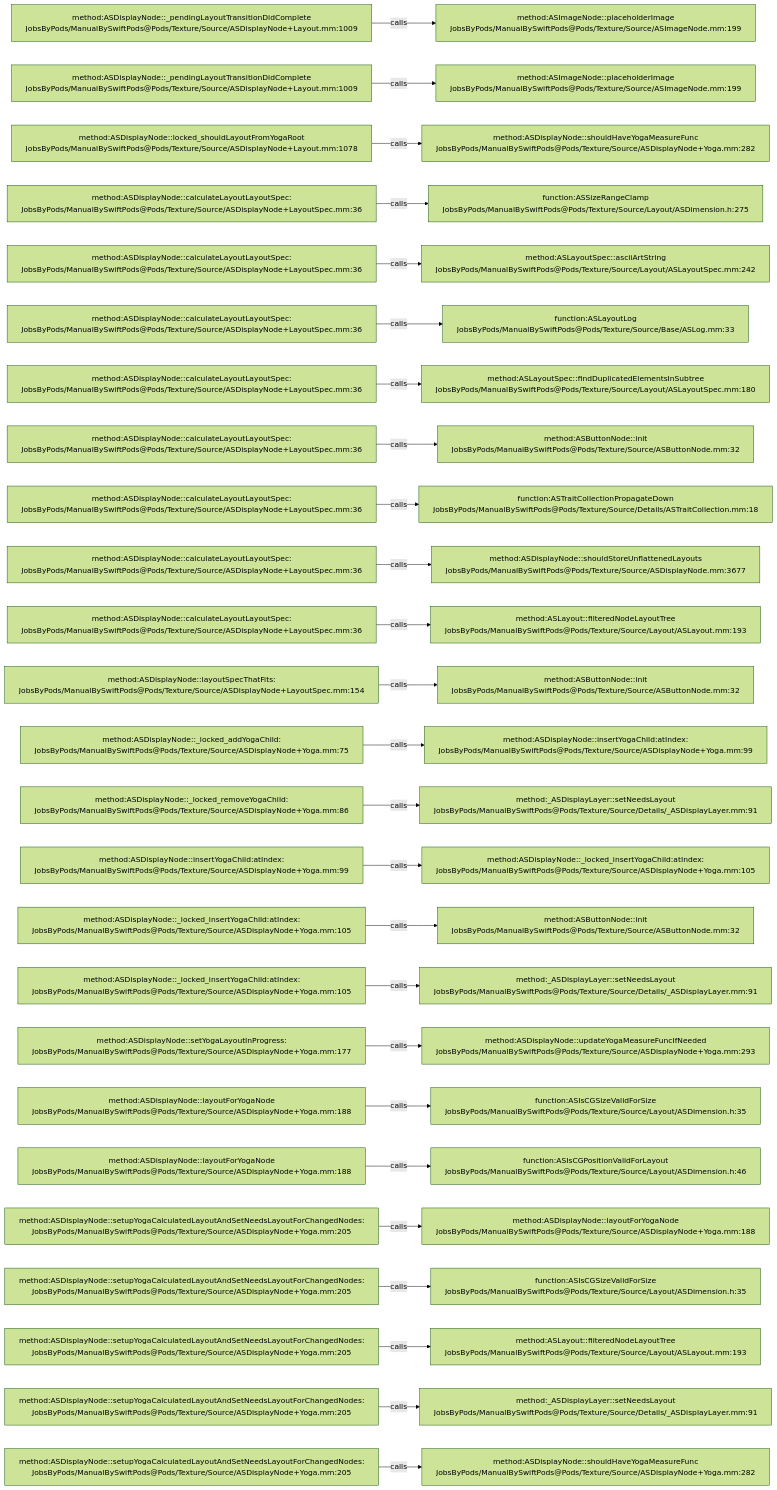
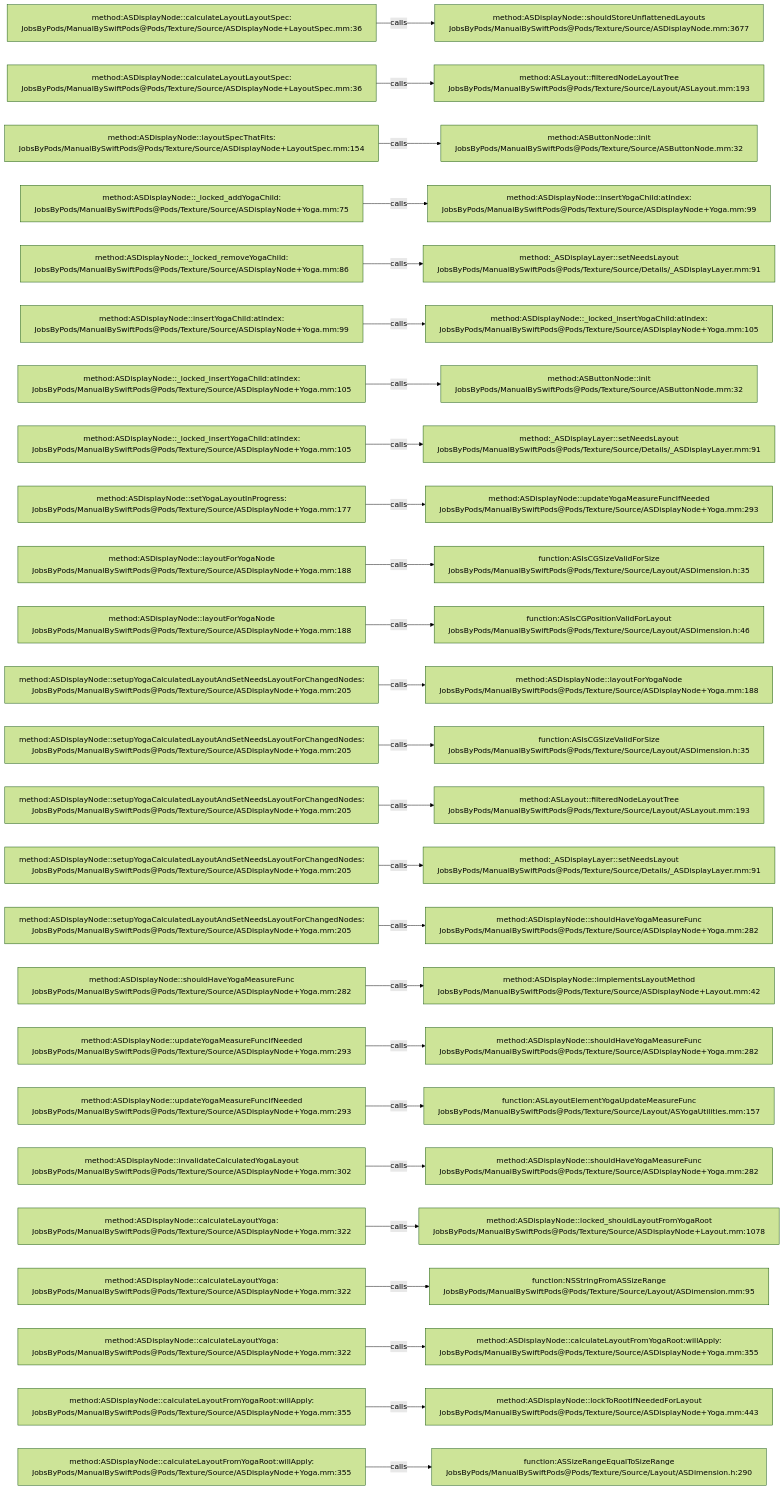
The diagram in .codegraph/codegraph.md/graphs/calls-025.md (JobsKits/JobsSwiftBaseConfigDemo), drawn with Mermaid (forest theme) before and after one commit. The commit also changed 707 other files, not shown here.

````diff
--- a/.codegraph/codegraph.md/graphs/calls-025.md
+++ b/.codegraph/codegraph.md/graphs/calls-025.md
@@ -13,78 +13,78 @@
 ```mermaid
 flowchart LR
-  S1["method:ASDisplayNode::_pendingLayoutTransitionDidComplete<br/>JobsByPods/ManualBySwiftPods@Pods/Texture/Source/ASDisplayNode+Layout.mm:1009"]
-  T1["method:ASImageNode::placeholderImage<br/>JobsByPods/ManualBySwiftPods@Pods/Texture/Source/ASImageNode.mm:199"]
+  S1["method:ASDisplayNode::calculateLayoutLayoutSpec:<br/>JobsByPods/ManualBySwiftPods@Pods/Texture/Source/ASDisplayNode+LayoutSpec.mm:36"]
+  T1["method:ASDisplayNode::shouldStoreUnflattenedLayouts<br/>JobsByPods/ManualBySwiftPods@Pods/Texture/Source/ASDisplayNode.mm:3677"]
   S1 -->|calls| T1
-  S2["method:ASDisplayNode::_pendingLayoutTransitionDidComplete<br/>JobsByPods/ManualBySwiftPods@Pods/Texture/Source/ASDisplayNode+Layout.mm:1009"]
-  T2["method:ASImageNode::placeholderImage<br/>JobsByPods/ManualBySwiftPods@Pods/Texture/Source/ASImageNode.mm:199"]
+  S2["method:ASDisplayNode::calculateLayoutLayoutSpec:<br/>JobsByPods/ManualBySwiftPods@Pods/Texture/Source/ASDisplayNode+LayoutSpec.mm:36"]
+  T2["method:ASLayout::filteredNodeLayoutTree<br/>JobsByPods/ManualBySwiftPods@Pods/Texture/Source/Layout/ASLayout.mm:193"]
   S2 -->|calls| T2
-  S3["method:ASDisplayNode::locked_shouldLayoutFromYogaRoot<br/>JobsByPods/ManualBySwiftPods@Pods/Texture/Source/ASDisplayNode+Layout.mm:1078"]
-  T3["method:ASDisplayNode::shouldHaveYogaMeasureFunc<br/>JobsByPods/ManualBySwiftPods@Pods/Texture/Source/ASDisplayNode+Yoga.mm:282"]
+  S3["method:ASDisplayNode::layoutSpecThatFits:<br/>JobsByPods/ManualBySwiftPods@Pods/Texture/Source/ASDisplayNode+LayoutSpec.mm:154"]
+  T3["method:ASButtonNode::init<br/>JobsByPods/ManualBySwiftPods@Pods/Texture/Source/ASButtonNode.mm:32"]
   S3 -->|calls| T3
-  S4["method:ASDisplayNode::calculateLayoutLayoutSpec:<br/>JobsByPods/ManualBySwiftPods@Pods/Texture/Source/ASDisplayNode+LayoutSpec.mm:36"]
-  T4["function:ASSizeRangeClamp<br/>JobsByPods/ManualBySwiftPods@Pods/Texture/Source/Layout/ASDimension.h:275"]
+  S4["method:ASDisplayNode::_locked_addYogaChild:<br/>JobsByPods/ManualBySwiftPods@Pods/Texture/Source/ASDisplayNode+Yoga.mm:75"]
+  T4["method:ASDisplayNode::insertYogaChild:atIndex:<br/>JobsByPods/ManualBySwiftPods@Pods/Texture/Source/ASDisplayNode+Yoga.mm:99"]
   S4 -->|calls| T4
-  S5["method:ASDisplayNode::calculateLayoutLayoutSpec:<br/>JobsByPods/ManualBySwiftPods@Pods/Texture/Source/ASDisplayNode+LayoutSpec.mm:36"]
-  T5["method:ASLayoutSpec::asciiArtString<br/>JobsByPods/ManualBySwiftPods@Pods/Texture/Source/Layout/ASLayoutSpec.mm:242"]
+  S5["method:ASDisplayNode::_locked_removeYogaChild:<br/>JobsByPods/ManualBySwiftPods@Pods/Texture/Source/ASDisplayNode+Yoga.mm:86"]
+  T5["method:_ASDisplayLayer::setNeedsLayout<br/>JobsByPods/ManualBySwiftPods@Pods/Texture/Source/Details/_ASDisplayLayer.mm:91"]
   S5 -->|calls| T5
-  S6["method:ASDisplayNode::calculateLayoutLayoutSpec:<br/>JobsByPods/ManualBySwiftPods@Pods/Texture/Source/ASDisplayNode+LayoutSpec.mm:36"]
-  T6["function:ASLayoutLog<br/>JobsByPods/ManualBySwiftPods@Pods/Texture/Source/Base/ASLog.mm:33"]
+  S6["method:ASDisplayNode::insertYogaChild:atIndex:<br/>JobsByPods/ManualBySwiftPods@Pods/Texture/Source/ASDisplayNode+Yoga.mm:99"]
+  T6["method:ASDisplayNode::_locked_insertYogaChild:atIndex:<br/>JobsByPods/ManualBySwiftPods@Pods/Texture/Source/ASDisplayNode+Yoga.mm:105"]
   S6 -->|calls| T6
-  S7["method:ASDisplayNode::calculateLayoutLayoutSpec:<br/>JobsByPods/ManualBySwiftPods@Pods/Texture/Source/ASDisplayNode+LayoutSpec.mm:36"]
-  T7["method:ASLayoutSpec::findDuplicatedElementsInSubtree<br/>JobsByPods/ManualBySwiftPods@Pods/Texture/Source/Layout/ASLayoutSpec.mm:180"]
+  S7["method:ASDisplayNode::_locked_insertYogaChild:atIndex:<br/>JobsByPods/ManualBySwiftPods@Pods/Texture/Source/ASDisplayNode+Yoga.mm:105"]
+  T7["method:ASButtonNode::init<br/>JobsByPods/ManualBySwiftPods@Pods/Texture/Source/ASButtonNode.mm:32"]
   S7 -->|calls| T7
-  S8["method:ASDisplayNode::calculateLayoutLayoutSpec:<br/>JobsByPods/ManualBySwiftPods@Pods/Texture/Source/ASDisplayNode+LayoutSpec.mm:36"]
-  T8["method:ASButtonNode::init<br/>JobsByPods/ManualBySwiftPods@Pods/Texture/Source/ASButtonNode.mm:32"]
+  S8["method:ASDisplayNode::_locked_insertYogaChild:atIndex:<br/>JobsByPods/ManualBySwiftPods@Pods/Texture/Source/ASDisplayNode+Yoga.mm:105"]
+  T8["method:_ASDisplayLayer::setNeedsLayout<br/>JobsByPods/ManualBySwiftPods@Pods/Texture/Source/Details/_ASDisplayLayer.mm:91"]
   S8 -->|calls| T8
-  S9["method:ASDisplayNode::calculateLayoutLayoutSpec:<br/>JobsByPods/ManualBySwiftPods@Pods/Texture/Source/ASDisplayNode+LayoutSpec.mm:36"]
-  T9["function:ASTraitCollectionPropagateDown<br/>JobsByPods/ManualBySwiftPods@Pods/Texture/Source/Details/ASTraitCollection.mm:18"]
+  S9["method:ASDisplayNode::setYogaLayoutInProgress:<br/>JobsByPods/ManualBySwiftPods@Pods/Texture/Source/ASDisplayNode+Yoga.mm:177"]
+  T9["method:ASDisplayNode::updateYogaMeasureFuncIfNeeded<br/>JobsByPods/ManualBySwiftPods@Pods/Texture/Source/ASDisplayNode+Yoga.mm:293"]
   S9 -->|calls| T9
-  S10["method:ASDisplayNode::calculateLayoutLayoutSpec:<br/>JobsByPods/ManualBySwiftPods@Pods/Texture/Source/ASDisplayNode+LayoutSpec.mm:36"]
-  T10["method:ASDisplayNode::shouldStoreUnflattenedLayouts<br/>JobsByPods/ManualBySwiftPods@Pods/Texture/Source/ASDisplayNode.mm:3677"]
+  S10["method:ASDisplayNode::layoutForYogaNode<br/>JobsByPods/ManualBySwiftPods@Pods/Texture/Source/ASDisplayNode+Yoga.mm:188"]
+  T10["function:ASIsCGSizeValidForSize<br/>JobsByPods/ManualBySwiftPods@Pods/Texture/Source/Layout/ASDimension.h:35"]
   S10 -->|calls| T10
-  S11["method:ASDisplayNode::calculateLayoutLayoutSpec:<br/>JobsByPods/ManualBySwiftPods@Pods/Texture/Source/ASDisplayNode+LayoutSpec.mm:36"]
-  T11["method:ASLayout::filteredNodeLayoutTree<br/>JobsByPods/ManualBySwiftPods@Pods/Texture/Source/Layout/ASLayout.mm:193"]
+  S11["method:ASDisplayNode::layoutForYogaNode<br/>JobsByPods/ManualBySwiftPods@Pods/Texture/Source/ASDisplayNode+Yoga.mm:188"]
+  T11["function:ASIsCGPositionValidForLayout<br/>JobsByPods/ManualBySwiftPods@Pods/Texture/Source/Layout/ASDimension.h:46"]
   S11 -->|calls| T11
-  S12["method:ASDisplayNode::layoutSpecThatFits:<br/>JobsByPods/ManualBySwiftPods@Pods/Texture/Source/ASDisplayNode+LayoutSpec.mm:154"]
-  T12["method:ASButtonNode::init<br/>JobsByPods/ManualBySwiftPods@Pods/Texture/Source/ASButtonNode.mm:32"]
+  S12["method:ASDisplayNode::setupYogaCalculatedLayoutAndSetNeedsLayoutForChangedNodes:<br/>JobsByPods/ManualBySwiftPods@Pods/Texture/Source/ASDisplayNode+Yoga.mm:205"]
+  T12["method:ASDisplayNode::layoutForYogaNode<br/>JobsByPods/ManualBySwiftPods@Pods/Texture/Source/ASDisplayNode+Yoga.mm:188"]
   S12 -->|calls| T12
-  S13["method:ASDisplayNode::_locked_addYogaChild:<br/>JobsByPods/ManualBySwiftPods@Pods/Texture/Source/ASDisplayNode+Yoga.mm:75"]
-  T13["method:ASDisplayNode::insertYogaChild:atIndex:<br/>JobsByPods/ManualBySwiftPods@Pods/Texture/Source/ASDisplayNode+Yoga.mm:99"]
+  S13["method:ASDisplayNode::setupYogaCalculatedLayoutAndSetNeedsLayoutForChangedNodes:<br/>JobsByPods/ManualBySwiftPods@Pods/Texture/Source/ASDisplayNode+Yoga.mm:205"]
+  T13["function:ASIsCGSizeValidForSize<br/>JobsByPods/ManualBySwiftPods@Pods/Texture/Source/Layout/ASDimension.h:35"]
   S13 -->|calls| T13
-  S14["method:ASDisplayNode::_locked_removeYogaChild:<br/>JobsByPods/ManualBySwiftPods@Pods/Texture/Source/ASDisplayNode+Yoga.mm:86"]
-  T14["method:_ASDisplayLayer::setNeedsLayout<br/>JobsByPods/ManualBySwiftPods@Pods/Texture/Source/Details/_ASDisplayLayer.mm:91"]
+  S14["method:ASDisplayNode::setupYogaCalculatedLayoutAndSetNeedsLayoutForChangedNodes:<br/>JobsByPods/ManualBySwiftPods@Pods/Texture/Source/ASDisplayNode+Yoga.mm:205"]
+  T14["method:ASLayout::filteredNodeLayoutTree<br/>JobsByPods/ManualBySwiftPods@Pods/Texture/Source/Layout/ASLayout.mm:193"]
   S14 -->|calls| T14
-  S15["method:ASDisplayNode::insertYogaChild:atIndex:<br/>JobsByPods/ManualBySwiftPods@Pods/Texture/Source/ASDisplayNode+Yoga.mm:99"]
-  T15["method:ASDisplayNode::_locked_insertYogaChild:atIndex:<br/>JobsByPods/ManualBySwiftPods@Pods/Texture/Source/ASDisplayNode+Yoga.mm:105"]
+  S15["method:ASDisplayNode::setupYogaCalculatedLayoutAndSetNeedsLayoutForChangedNodes:<br/>JobsByPods/ManualBySwiftPods@Pods/Texture/Source/ASDisplayNode+Yoga.mm:205"]
+  T15["method:_ASDisplayLayer::setNeedsLayout<br/>JobsByPods/ManualBySwiftPods@Pods/Texture/Source/Details/_ASDisplayLayer.mm:91"]
   S15 -->|calls| T15
-  S16["method:ASDisplayNode::_locked_insertYogaChild:atIndex:<br/>JobsByPods/ManualBySwiftPods@Pods/Texture/Source/ASDisplayNode+Yoga.mm:105"]
-  T16["method:ASButtonNode::init<br/>JobsByPods/ManualBySwiftPods@Pods/Texture/Source/ASButtonNode.mm:32"]
+  S16["method:ASDisplayNode::setupYogaCalculatedLayoutAndSetNeedsLayoutForChangedNodes:<br/>JobsByPods/ManualBySwiftPods@Pods/Texture/Source/ASDisplayNode+Yoga.mm:205"]
+  T16["method:ASDisplayNode::shouldHaveYogaMeasureFunc<br/>JobsByPods/ManualBySwiftPods@Pods/Texture/Source/ASDisplayNode+Yoga.mm:282"]
   S16 -->|calls| T16
-  S17["method:ASDisplayNode::_locked_insertYogaChild:atIndex:<br/>JobsByPods/ManualBySwiftPods@Pods/Texture/Source/ASDisplayNode+Yoga.mm:105"]
-  T17["method:_ASDisplayLayer::setNeedsLayout<br/>JobsByPods/ManualBySwiftPods@Pods/Texture/Source/Details/_ASDisplayLayer.mm:91"]
+  S17["method:ASDisplayNode::shouldHaveYogaMeasureFunc<br/>JobsByPods/ManualBySwiftPods@Pods/Texture/Source/ASDisplayNode+Yoga.mm:282"]
+  T17["method:ASDisplayNode::implementsLayoutMethod<br/>JobsByPods/ManualBySwiftPods@Pods/Texture/Source/ASDisplayNode+Layout.mm:42"]
   S17 -->|calls| T17
-  S18["method:ASDisplayNode::setYogaLayoutInProgress:<br/>JobsByPods/ManualBySwiftPods@Pods/Texture/Source/ASDisplayNode+Yoga.mm:177"]
-  T18["method:ASDisplayNode::updateYogaMeasureFuncIfNeeded<br/>JobsByPods/ManualBySwiftPods@Pods/Texture/Source/ASDisplayNode+Yoga.mm:293"]
+  S18["method:ASDisplayNode::updateYogaMeasureFuncIfNeeded<br/>JobsByPods/ManualBySwiftPods@Pods/Texture/Source/ASDisplayNode+Yoga.mm:293"]
+  T18["method:ASDisplayNode::shouldHaveYogaMeasureFunc<br/>JobsByPods/ManualBySwiftPods@Pods/Texture/Source/ASDisplayNode+Yoga.mm:282"]
   S18 -->|calls| T18
-  S19["method:ASDisplayNode::layoutForYogaNode<br/>JobsByPods/ManualBySwiftPods@Pods/Texture/Source/ASDisplayNode+Yoga.mm:188"]
-  T19["function:ASIsCGSizeValidForSize<br/>JobsByPods/ManualBySwiftPods@Pods/Texture/Source/Layout/ASDimension.h:35"]
+  S19["method:ASDisplayNode::updateYogaMeasureFuncIfNeeded<br/>JobsByPods/ManualBySwiftPods@Pods/Texture/Source/ASDisplayNode+Yoga.mm:293"]
+  T19["function:ASLayoutElementYogaUpdateMeasureFunc<br/>JobsByPods/ManualBySwiftPods@Pods/Texture/Source/Layout/ASYogaUtilities.mm:157"]
   S19 -->|calls| T19
-  S20["method:ASDisplayNode::layoutForYogaNode<br/>JobsByPods/ManualBySwiftPods@Pods/Texture/Source/ASDisplayNode+Yoga.mm:188"]
-  T20["function:ASIsCGPositionValidForLayout<br/>JobsByPods/ManualBySwiftPods@Pods/Texture/Source/Layout/ASDimension.h:46"]
+  S20["method:ASDisplayNode::invalidateCalculatedYogaLayout<br/>JobsByPods/ManualBySwiftPods@Pods/Texture/Source/ASDisplayNode+Yoga.mm:302"]
+  T20["method:ASDisplayNode::shouldHaveYogaMeasureFunc<br/>JobsByPods/ManualBySwiftPods@Pods/Texture/Source/ASDisplayNode+Yoga.mm:282"]
   S20 -->|calls| T20
-  S21["method:ASDisplayNode::setupYogaCalculatedLayoutAndSetNeedsLayoutForChangedNodes:<br/>JobsByPods/ManualBySwiftPods@Pods/Texture/Source/ASDisplayNode+Yoga.mm:205"]
-  T21["method:ASDisplayNode::layoutForYogaNode<br/>JobsByPods/ManualBySwiftPods@Pods/Texture/Source/ASDisplayNode+Yoga.mm:188"]
+  S21["method:ASDisplayNode::calculateLayoutYoga:<br/>JobsByPods/ManualBySwiftPods@Pods/Texture/Source/ASDisplayNode+Yoga.mm:322"]
+  T21["method:ASDisplayNode::locked_shouldLayoutFromYogaRoot<br/>JobsByPods/ManualBySwiftPods@Pods/Texture/Source/ASDisplayNode+Layout.mm:1078"]
   S21 -->|calls| T21
-  S22["method:ASDisplayNode::setupYogaCalculatedLayoutAndSetNeedsLayoutForChangedNodes:<br/>JobsByPods/ManualBySwiftPods@Pods/Texture/Source/ASDisplayNode+Yoga.mm:205"]
-  T22["function:ASIsCGSizeValidForSize<br/>JobsByPods/ManualBySwiftPods@Pods/Texture/Source/Layout/ASDimension.h:35"]
+  S22["method:ASDisplayNode::calculateLayoutYoga:<br/>JobsByPods/ManualBySwiftPods@Pods/Texture/Source/ASDisplayNode+Yoga.mm:322"]
+  T22["function:NSStringFromASSizeRange<br/>JobsByPods/ManualBySwiftPods@Pods/Texture/Source/Layout/ASDimension.mm:95"]
   S22 -->|calls| T22
-  S23["method:ASDisplayNode::setupYogaCalculatedLayoutAndSetNeedsLayoutForChangedNodes:<br/>JobsByPods/ManualBySwiftPods@Pods/Texture/Source/ASDisplayNode+Yoga.mm:205"]
-  T23["method:ASLayout::filteredNodeLayoutTree<br/>JobsByPods/ManualBySwiftPods@Pods/Texture/Source/Layout/ASLayout.mm:193"]
+  S23["method:ASDisplayNode::calculateLayoutYoga:<br/>JobsByPods/ManualBySwiftPods@Pods/Texture/Source/ASDisplayNode+Yoga.mm:322"]
+  T23["method:ASDisplayNode::calculateLayoutFromYogaRoot:willApply:<br/>JobsByPods/ManualBySwiftPods@Pods/Texture/Source/ASDisplayNode+Yoga.mm:355"]
   S23 -->|calls| T23
-  S24["method:ASDisplayNode::setupYogaCalculatedLayoutAndSetNeedsLayoutForChangedNodes:<br/>JobsByPods/ManualBySwiftPods@Pods/Texture/Source/ASDisplayNode+Yoga.mm:205"]
-  T24["method:_ASDisplayLayer::setNeedsLayout<br/>JobsByPods/ManualBySwiftPods@Pods/Texture/Source/Details/_ASDisplayLayer.mm:91"]
+  S24["method:ASDisplayNode::calculateLayoutFromYogaRoot:willApply:<br/>JobsByPods/ManualBySwiftPods@Pods/Texture/Source/ASDisplayNode+Yoga.mm:355"]
+  T24["method:ASDisplayNode::lockToRootIfNeededForLayout<br/>JobsByPods/ManualBySwiftPods@Pods/Texture/Source/ASDisplayNode+Yoga.mm:443"]
   S24 -->|calls| T24
-  S25["method:ASDisplayNode::setupYogaCalculatedLayoutAndSetNeedsLayoutForChangedNodes:<br/>JobsByPods/ManualBySwiftPods@Pods/Texture/Source/ASDisplayNode+Yoga.mm:205"]
-  T25["method:ASDisplayNode::shouldHaveYogaMeasureFunc<br/>JobsByPods/ManualBySwiftPods@Pods/Texture/Source/ASDisplayNode+Yoga.mm:282"]
+  S25["method:ASDisplayNode::calculateLayoutFromYogaRoot:willApply:<br/>JobsByPods/ManualBySwiftPods@Pods/Texture/Source/ASDisplayNode+Yoga.mm:355"]
+  T25["function:ASSizeRangeEqualToSizeRange<br/>JobsByPods/ManualBySwiftPods@Pods/Texture/Source/Layout/ASDimension.h:290"]
   S25 -->|calls| T25
 ```
````
